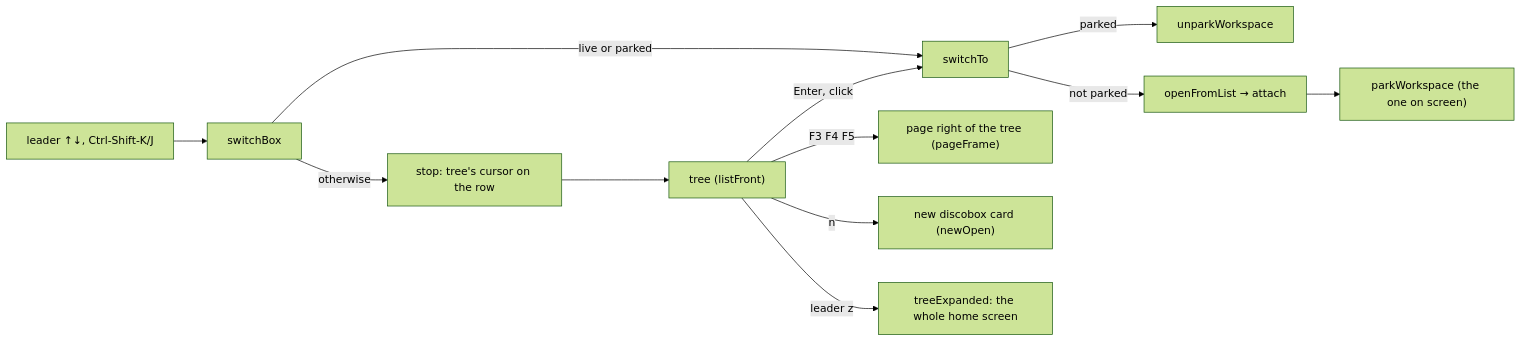
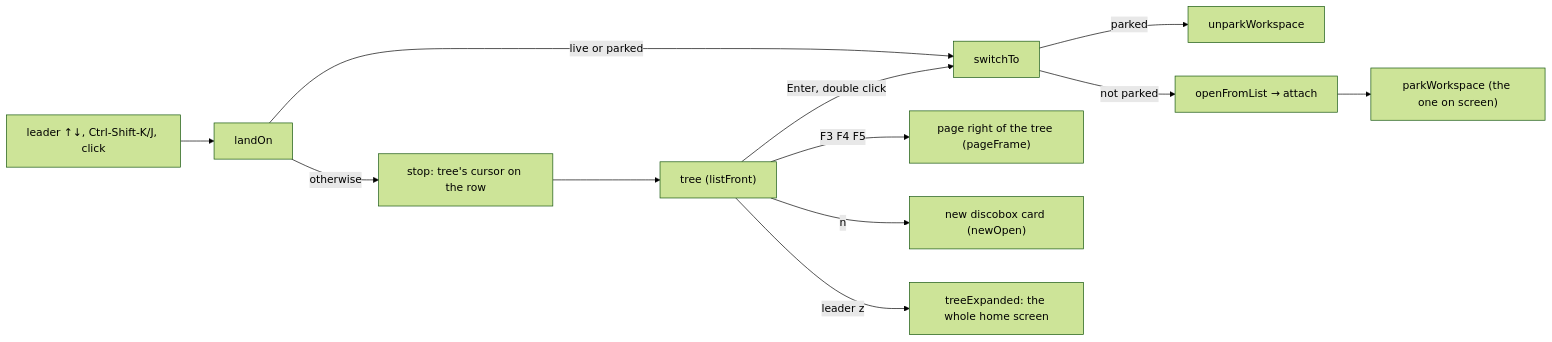
One commit to discobox-ai/discobox changed the second of 2 diagrams in cli/internal/tui/DESIGN.md. Above: the diagram before and after it, drawn with Mermaid (forest theme). The commit also changed other lines of this file and 3 other files, not shown here.

First line of the commit message:
fix(tui): a click on a tree row steps onto it, a double click is Enter

````diff
--- a/cli/internal/tui/DESIGN.md
+++ b/cli/internal/tui/DESIGN.md
@@ -83,14 +83,14 @@
 ```mermaid
 flowchart LR
-    T["tree (listFront)"] -->|Enter, click| Sw["switchTo"]
-    W["leader ↑↓, Ctrl-Shift-K/J"] --> Walk["switchBox"]
+    T["tree (listFront)"] -->|Enter, double click| Sw["switchTo"]
+    W["leader ↑↓, Ctrl-Shift-K/J, click"] --> Walk["landOn"]
     Walk -->|live or parked| Sw
     Walk -->|otherwise| Stop["stop: tree's cursor on the row"]
     Stop --> T
     Sw -->|parked| Un["unparkWorkspace"]
     Sw -->|not parked| Open["openFromList → attach"]
     Open --> Park["parkWorkspace (the one on screen)"]
     T -->|F3 F4 F5| Pg["page right of the tree (pageFrame)"]
     T -->|n| New["new discobox card (newOpen)"]
     T -->|leader z| Exp["treeExpanded: the whole home screen"]
 ```
````
